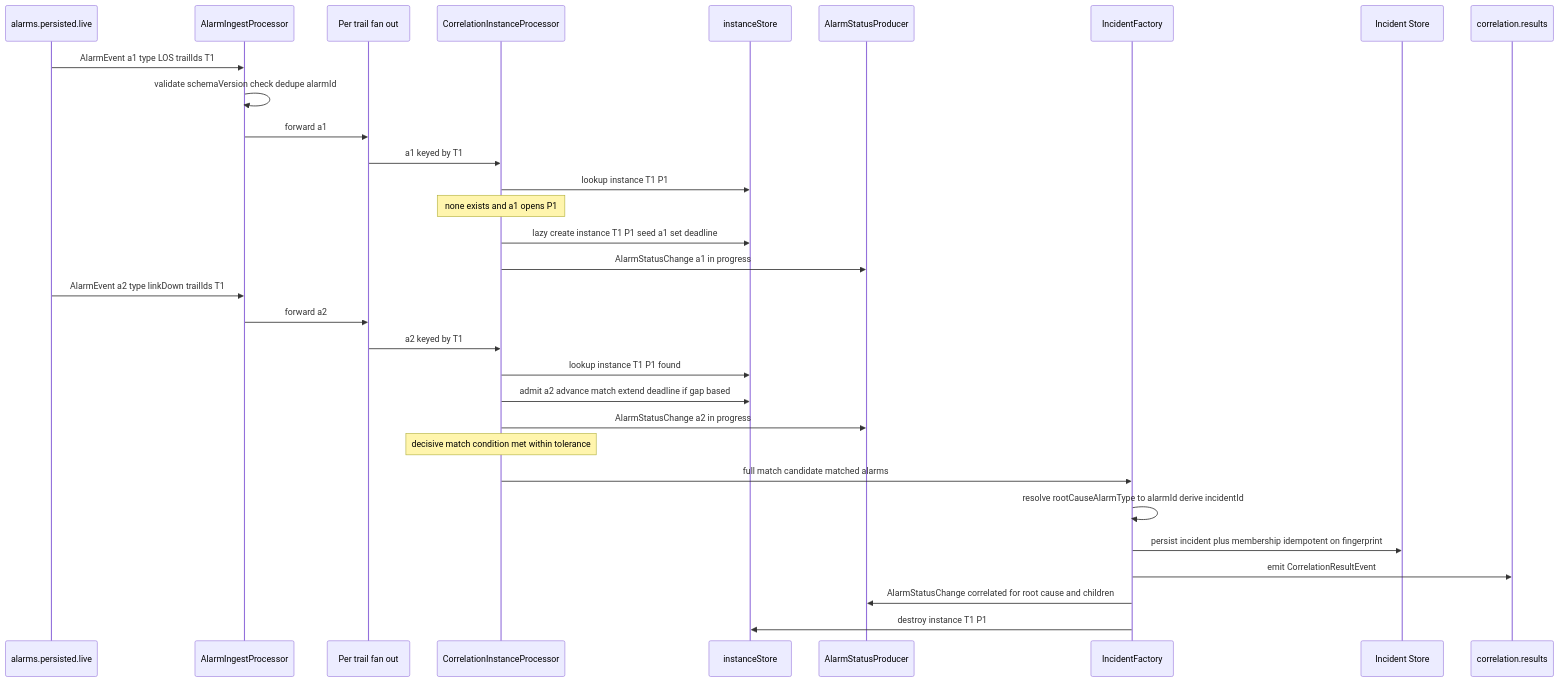
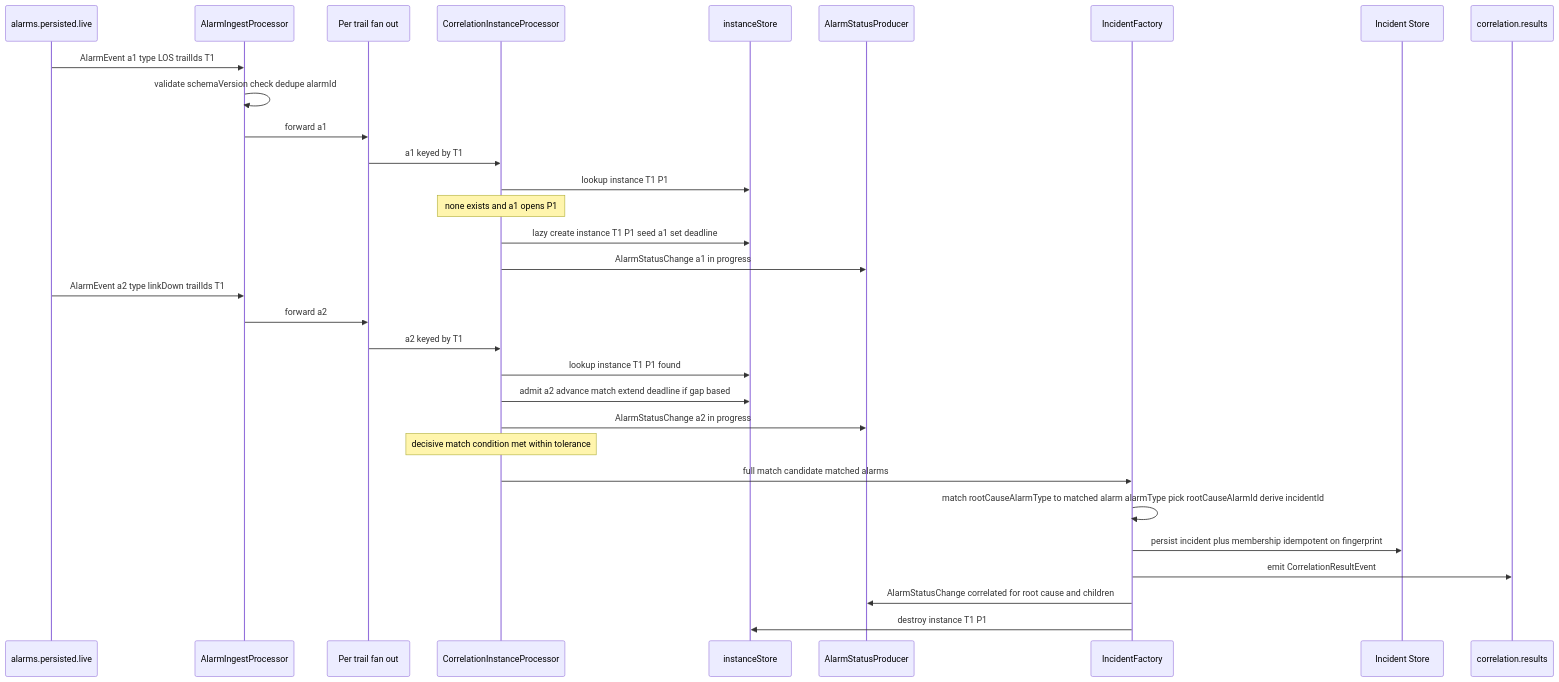
Before and after one commit to nikhilmohan/correlation-platform: the fifth of 10 diagrams in services/correlation-engine/design.md, drawn with Mermaid. The commit also changed other lines of this file and 1 other file, not shown here.

First line of the commit message:
design(correlation-engine): readiness fixes — Q3 frozen Knowledge model-params endpoint+keys, Q4 rootCauseAlarmId via alarmType, Q7 trailId from Pattern Manager read API on refresh trigger

````diff
--- a/services/correlation-engine/design.md
+++ b/services/correlation-engine/design.md
@@ -517,34 +526,34 @@
 ```mermaid
 sequenceDiagram
   participant K as alarms.persisted.live
   participant AC as AlarmIngestProcessor
   participant FAN as Per trail fan out
   participant CIP as CorrelationInstanceProcessor
   participant IST as instanceStore
   participant ASP as AlarmStatusProducer
   participant IF as IncidentFactory
   participant DB as Incident Store
   participant OUT as correlation.results
 
   K->>AC: AlarmEvent a1 type LOS trailIds T1
   AC->>AC: validate schemaVersion check dedupe alarmId
   AC->>FAN: forward a1
   FAN->>CIP: a1 keyed by T1
   CIP->>IST: lookup instance T1 P1
   Note over CIP: none exists and a1 opens P1
   CIP->>IST: lazy create instance T1 P1 seed a1 set deadline
   CIP->>ASP: AlarmStatusChange a1 in progress
   K->>AC: AlarmEvent a2 type linkDown trailIds T1
   AC->>FAN: forward a2
   FAN->>CIP: a2 keyed by T1
   CIP->>IST: lookup instance T1 P1 found
   CIP->>IST: admit a2 advance match extend deadline if gap based
   CIP->>ASP: AlarmStatusChange a2 in progress
   Note over CIP: decisive match condition met within tolerance
   CIP->>IF: full match candidate matched alarms
-  IF->>IF: resolve rootCauseAlarmType to alarmId derive incidentId
+  IF->>IF: match rootCauseAlarmType to matched alarm alarmType pick rootCauseAlarmId derive incidentId
   IF->>DB: persist incident plus membership idempotent on fingerprint
   IF->>OUT: emit CorrelationResultEvent
   IF->>ASP: AlarmStatusChange correlated for root cause and children
   IF->>IST: destroy instance T1 P1
 ```
````
